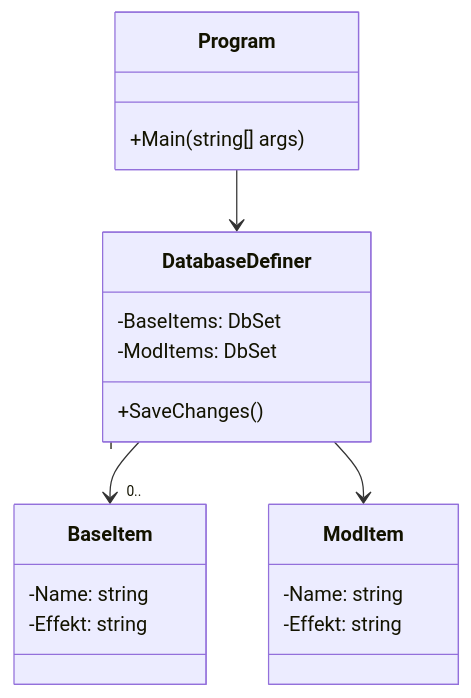
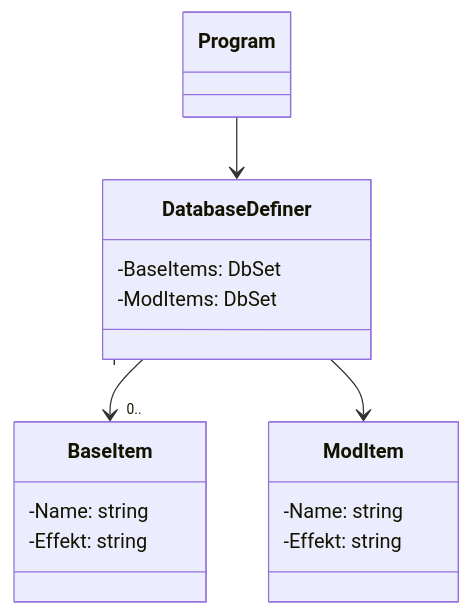
Before and after one commit to TheRaim22/Projekt-Arbeit-Rahim: the diagram in README.md, drawn with Mermaid.

````diff
--- a/README.md
+++ b/README.md
@@ -16,27 +16,24 @@
 ```mermaid
 classDiagram
-    class Program {
-        +Main(string[] args)
-    }
 
     class DatabaseDefiner {
         -BaseItems: DbSet<BaseItem>
         -ModItems: DbSet<ModItem>
-        +SaveChanges()
+
     }
 
     class BaseItem {
         -Name: string
         -Effekt: string
     }
 
     class ModItem {
         -Name: string
         -Effekt: string
     }
 
     Program --> DatabaseDefiner
     DatabaseDefiner "1" --> "0.." BaseItem
     DatabaseDefiner --> ModItem
 
 ```
````
